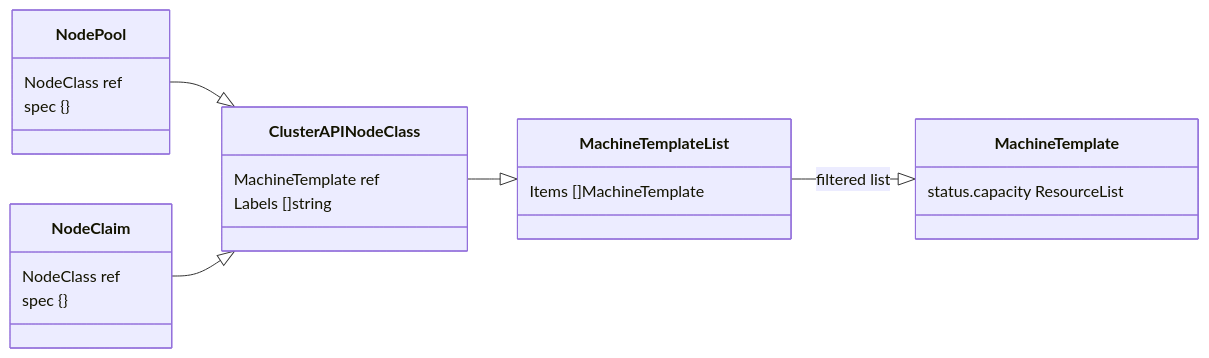
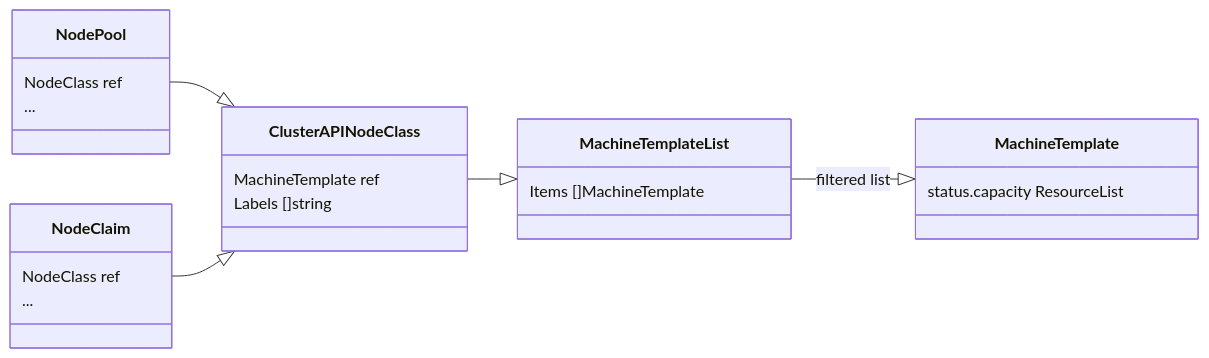
Before and after one commit to kubernetes-sigs/karpenter-provider-cluster-api: the first of 2 diagrams in docs/docs/design.md, drawn with Mermaid.

Commit message:
update design diagram

````diff
--- a/docs/docs/design.md
+++ b/docs/docs/design.md
@@ -6,16 +6,16 @@
 ```mermaid
 classDiagram
     direction LR
     NodePool : NodeClass ref
-    NodePool : spec {}
+    NodePool : ...
     ClusterAPINodeClass : MachineTemplate ref
     ClusterAPINodeClass : Labels []string
     NodePool --|> ClusterAPINodeClass
     NodeClaim : NodeClass ref
     NodeClaim --|> ClusterAPINodeClass
-    NodeClaim : spec {}
+    NodeClaim : ...
     MachineTemplate : status.capacity ResourceList
     MachineTemplateList : Items []MachineTemplate
     ClusterAPINodeClass --|> MachineTemplateList
     MachineTemplateList --|> MachineTemplate : filtered list
 ```
````
